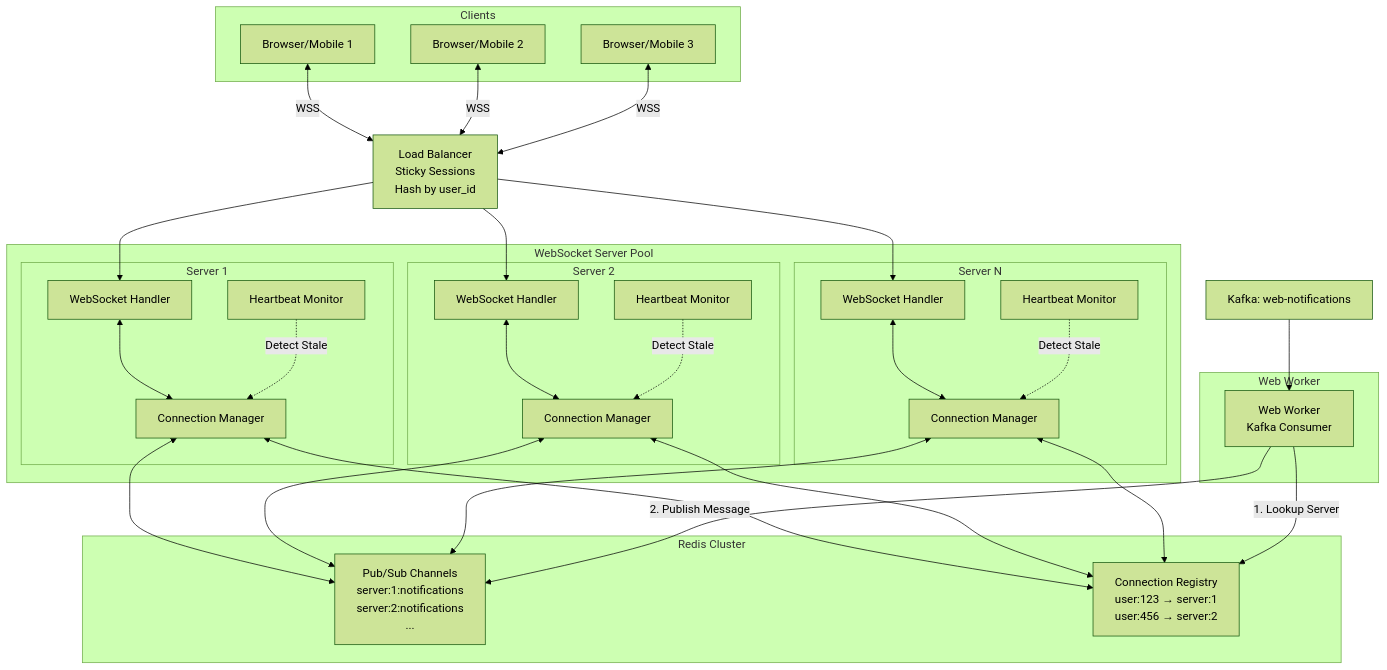
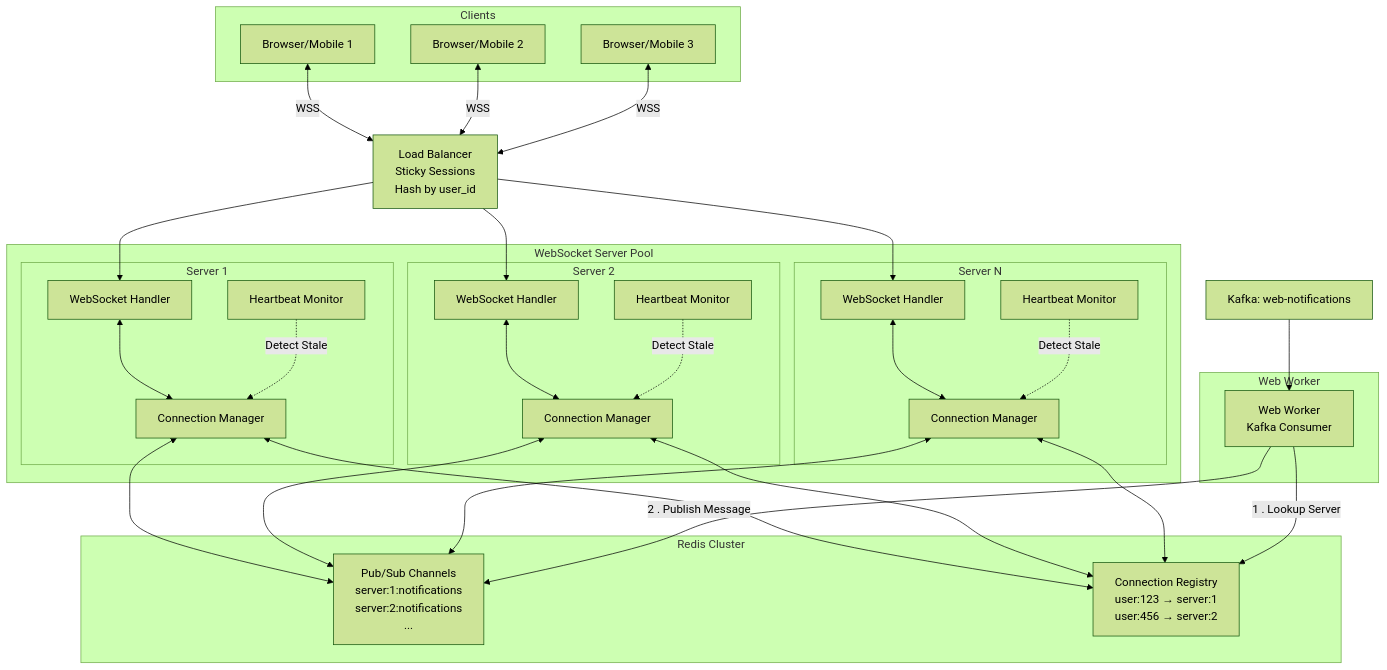
The fifth of 15 diagrams in 03-challenges/3.2.2-notification-service/hld-diagram.md (piyush7199/hld-architecture-handbook), drawn with Mermaid (forest theme) before and after one commit. The commit also changed other lines of this file and 6 other files, not shown here.

````diff
--- a/03-challenges/3.2.2-notification-service/hld-diagram.md
+++ b/03-challenges/3.2.2-notification-service/hld-diagram.md
@@ -494,67 +479,67 @@
 ```mermaid
 graph TB
     subgraph "Clients"
         C1[Browser/Mobile 1]
         C2[Browser/Mobile 2]
         C3[Browser/Mobile 3]
     end
-    
+
     LB[Load Balancer<br/>Sticky Sessions<br/>Hash by user_id]
-    
+
     subgraph "WebSocket Server Pool"
         subgraph "Server 1"
             WS1[WebSocket Handler]
             HB1[Heartbeat Monitor]
             CM1[Connection Manager]
         end
-        
+
         subgraph "Server 2"
             WS2[WebSocket Handler]
             HB2[Heartbeat Monitor]
             CM2[Connection Manager]
         end
-        
+
         subgraph "Server N"
             WSN[WebSocket Handler]
             HBN[Heartbeat Monitor]
             CMN[Connection Manager]
         end
     end
-    
-    subgraph "Redis Cluster"
-        PS[Pub/Sub Channels<br/>server:1:notifications<br/>server:2:notifications<br/>...]
-        CR[Connection Registry<br/>user:123 → server:1<br/>user:456 → server:2]
-    end
-    
-    subgraph "Web Worker"
-        WW[Web Worker<br/>Kafka Consumer]
-    end
-    
-    C1 <-->|WSS| LB
-    C2 <-->|WSS| LB
-    C3 <-->|WSS| LB
-    
-    LB --> WS1
-    LB --> WS2
-    LB --> WSN
-    
-    WS1 <--> CM1
-    WS2 <--> CM2
-    WSN <--> CMN
-    
-    CM1 <--> CR
-    CM2 <--> CR
-    CMN <--> CR
-    
-    CM1 <--> PS
-    CM2 <--> PS
-    CMN <--> PS
-    
-    HB1 -.->|Detect Stale| CM1
-    HB2 -.->|Detect Stale| CM2
-    HBN -.->|Detect Stale| CMN
-    
-    K[Kafka: web-notifications] --> WW
-    WW -->|1. Lookup Server| CR
-    WW -->|2. Publish Message| PS
+
+subgraph "Redis Cluster"
+PS[Pub/Sub Channels<br/>server:1:notifications<br/>server:2:notifications<br/>...]
+CR[Connection Registry<br/>user:123 → server:1<br/>user:456 → server:2]
+end
+
+subgraph "Web Worker"
+WW[Web Worker<br/>Kafka Consumer]
+end
+
+C1 <-->|WSS|LB
+C2 <-->|WSS|LB
+C3 <-->|WSS|LB
+
+LB --> WS1
+LB --> WS2
+LB --> WSN
+
+WS1 <--> CM1
+WS2 <--> CM2
+WSN <--> CMN
+
+CM1 <--> CR
+CM2 <--> CR
+CMN <--> CR
+
+CM1 <--> PS
+CM2 <--> PS
+CMN <--> PS
+
+HB1 -.->|Detect Stale|CM1
+HB2 -.->|Detect Stale|CM2
+HBN -.->|Detect Stale|CMN
+
+K[Kafka: web-notifications] --> WW
+WW -->|1 . Lookup Server|CR
+WW -->|2 . Publish Message|PS
 ```
````
